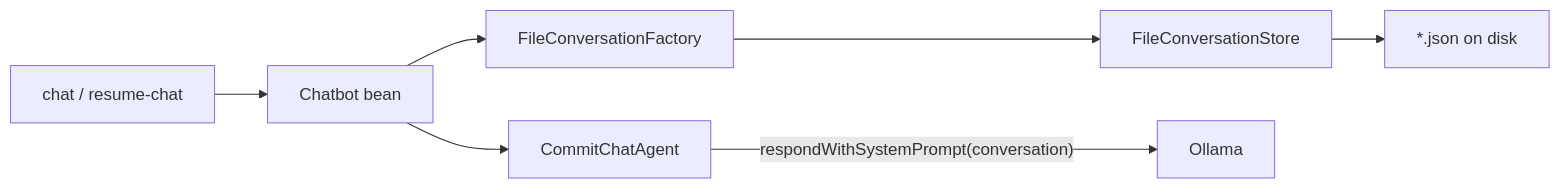
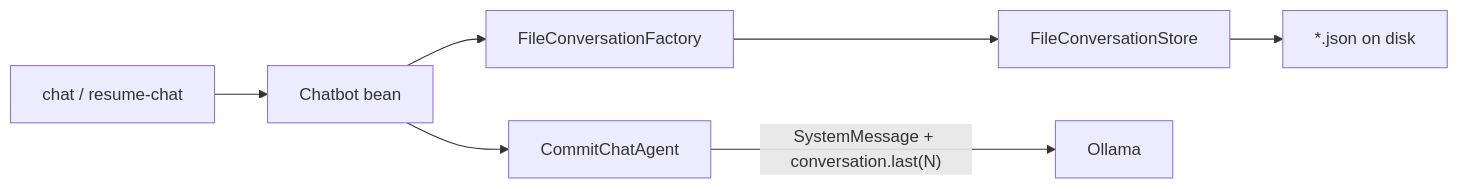
One commit to pbego/simple-embable-demo changed the diagram in TUTORIAL_MEMORY.md. Above: the diagram before and after it, drawn with Mermaid. The commit also changed other lines of this file, not shown here.

Commit message:
feat: Message window doc update

````diff
--- a/TUTORIAL_MEMORY.md
+++ b/TUTORIAL_MEMORY.md
@@ -95,16 +106,16 @@
 ```mermaid
 flowchart LR
   chatCmd["chat / resume-chat"]
   Chatbot["Chatbot bean"]
   Factory["FileConversationFactory"]
   Store["FileConversationStore"]
   Disk["*.json on disk"]
   Agent["CommitChatAgent"]
 
   chatCmd --> Chatbot
   Chatbot --> Factory
   Factory --> Store
   Store --> Disk
   Chatbot --> Agent
-  Agent -->|"respondWithSystemPrompt(conversation)"| LLM[Ollama]
+  Agent -->|"SystemMessage + conversation.last(N)"| LLM[Ollama]
 ```
````
